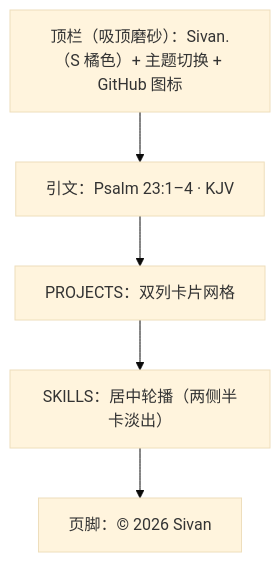
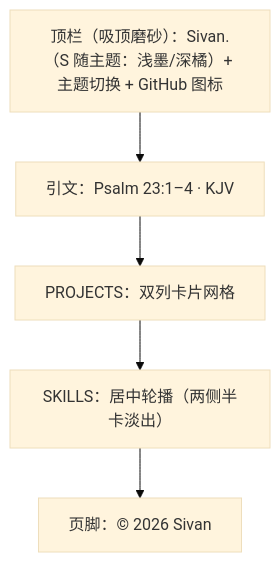
One commit to 4everSivan/4everSivan.github.io changed the diagram in docs/devel/design/01-博客首页.md. Above: the diagram before and after it, drawn with Mermaid (base theme). The commit also changed other lines of this file and 7 other files, not shown here.

````diff
--- a/docs/devel/design/01-博客首页.md
+++ b/docs/devel/design/01-博客首页.md
@@ -104,7 +104,7 @@
 ```mermaid
 graph TD
-    Masthead["顶栏（吸顶磨砂）：Sivan.（S 橘色）+ 主题切换 + GitHub 图标"] --> Verse["引文：Psalm 23:1–4 · KJV"]
+    Masthead["顶栏（吸顶磨砂）：Sivan.（S 随主题：浅墨/深橘）+ 主题切换 + GitHub 图标"] --> Verse["引文：Psalm 23:1–4 · KJV"]
     Verse --> Projects["PROJECTS：双列卡片网格"]
     Projects --> Skills["SKILLS：居中轮播（两侧半卡淡出）"]
     Skills --> Footer["页脚：© 2026 Sivan"]
 ```
````
